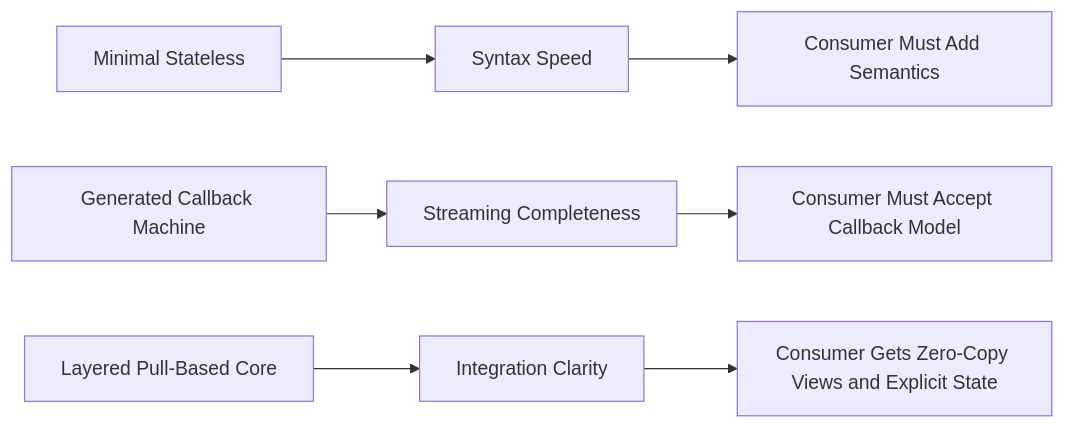
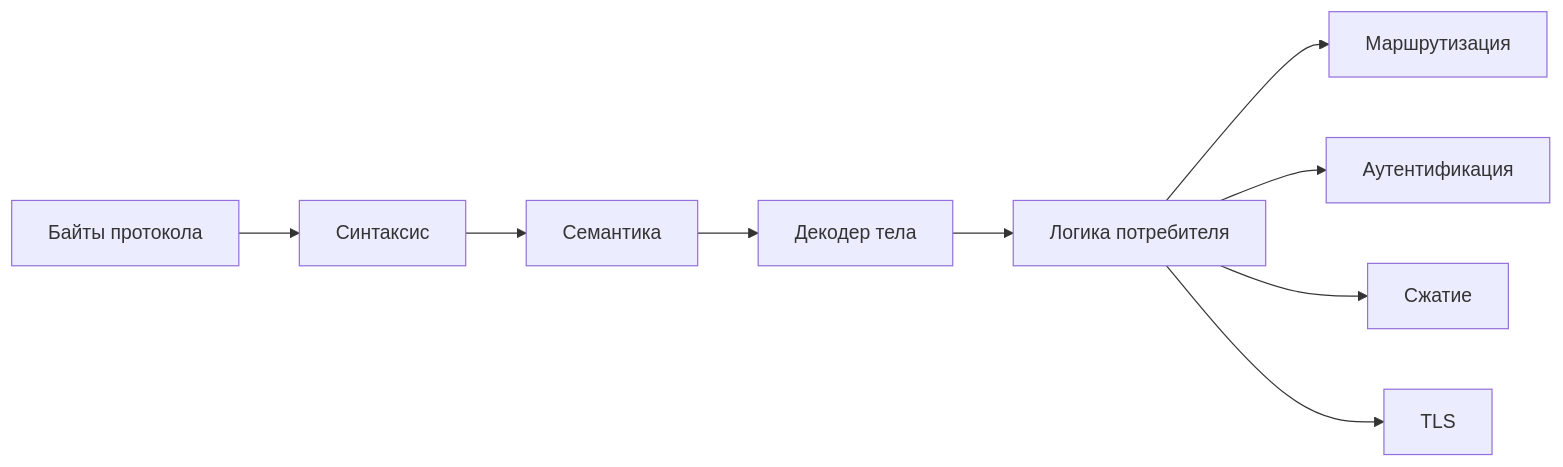
Before and after one commit to ioplane/iohttpparser: the diagram in docs/ru/04-parser-ecosystem-comparison.md, drawn with Mermaid. The commit also changed other lines of this file and 48 other files, not shown here.

````diff
--- a/docs/ru/04-parser-ecosystem-comparison.md
+++ b/docs/ru/04-parser-ecosystem-comparison.md
@@ -23,10 +68,11 @@
 ```mermaid
 flowchart LR
-    A[Minimal Stateless] --> D[Syntax Speed]
-    B[Generated Callback Machine] --> E[Streaming Completeness]
-    C[Layered Pull-Based Core] --> F[Integration Clarity]
-
-    D --> G[Consumer Must Add Semantics]
-    E --> H[Consumer Must Accept Callback Model]
-    F --> I[Consumer Gets Zero-Copy Views and Explicit State]
+    A[Байты протокола] --> B[Синтаксис]
+    B --> C[Семантика]
+    C --> D[Декодер тела]
+    D --> E[Логика потребителя]
+    E --> F[Маршрутизация]
+    E --> G[Аутентификация]
+    E --> H[Сжатие]
+    E --> I[TLS]
 ```
````
